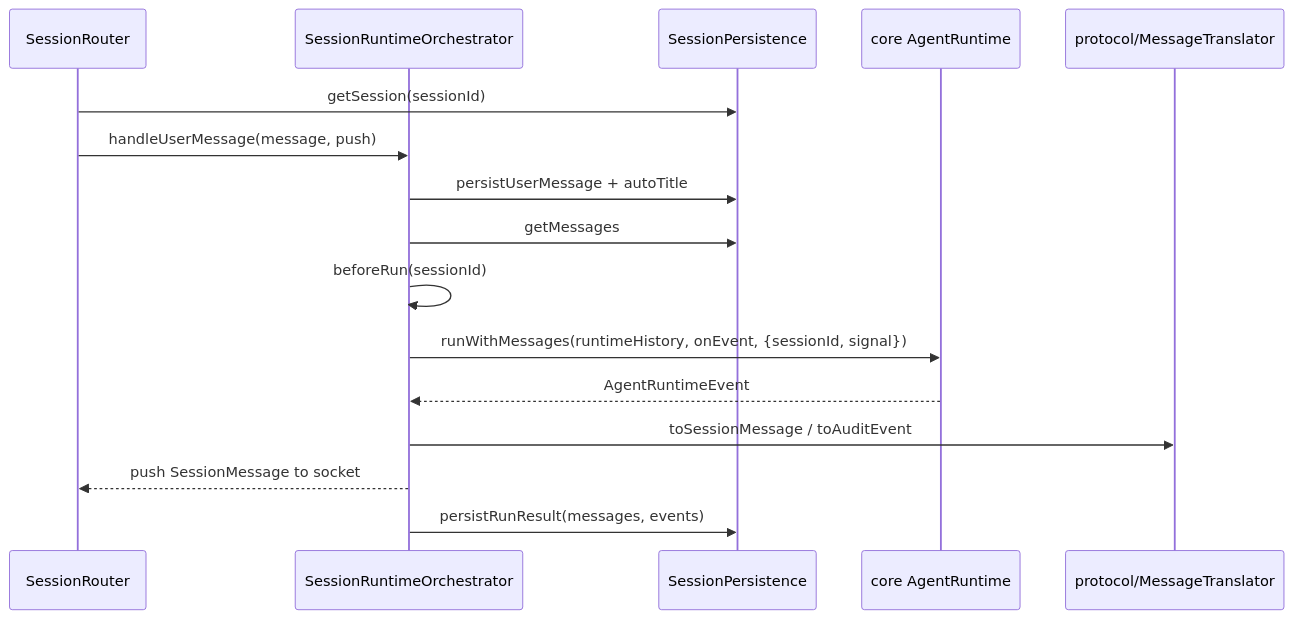
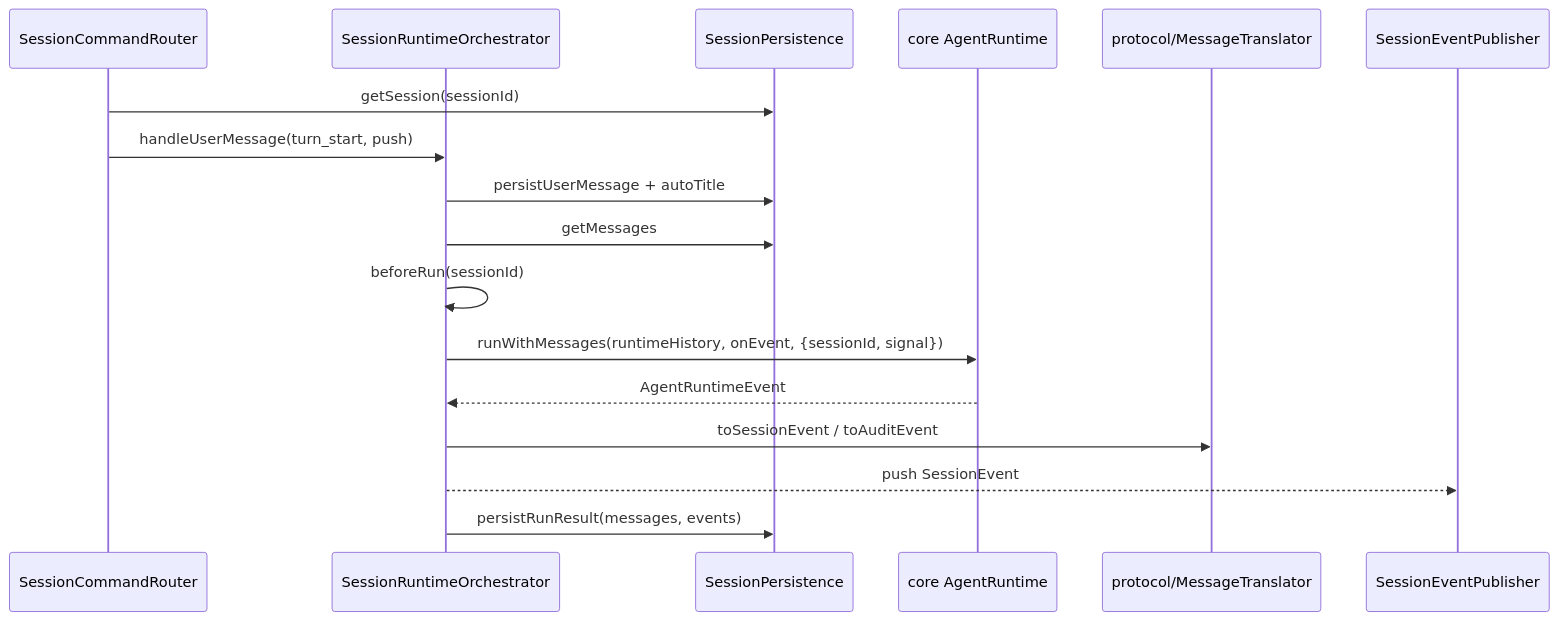
One commit to Lixuhang987/SpotAgent changed the first of 2 diagrams in apps/agent-server/src/session/session.md. Above: the diagram before and after it, drawn with Mermaid. The commit also changed other lines of this file and 38 other files, not shown here.

Commit message:
refactor session flow to shared connection and command-event protocol

````diff
--- a/apps/agent-server/src/session/session.md
+++ b/apps/agent-server/src/session/session.md
@@ -19,19 +18,20 @@
 ```mermaid
 sequenceDiagram
-  participant Router as SessionRouter
+  participant Router as SessionCommandRouter
   participant Orchestrator as SessionRuntimeOrchestrator
   participant Persistence as SessionPersistence
   participant Runtime as core AgentRuntime
   participant Translator as protocol/MessageTranslator
+  participant Publisher as SessionEventPublisher
 
   Router->>Persistence: getSession(sessionId)
-  Router->>Orchestrator: handleUserMessage(message, push)
+  Router->>Orchestrator: handleUserMessage(turn_start, push)
   Orchestrator->>Persistence: persistUserMessage + autoTitle
   Orchestrator->>Persistence: getMessages
   Orchestrator->>Orchestrator: beforeRun(sessionId)
   Orchestrator->>Runtime: runWithMessages(runtimeHistory, onEvent, {sessionId, signal})
   Runtime-->>Orchestrator: AgentRuntimeEvent
-  Orchestrator->>Translator: toSessionMessage / toAuditEvent
-  Orchestrator-->>Router: push SessionMessage to socket
+  Orchestrator->>Translator: toSessionEvent / toAuditEvent
+  Orchestrator-->>Publisher: push SessionEvent
   Orchestrator->>Persistence: persistRunResult(messages, events)
 ```
````
